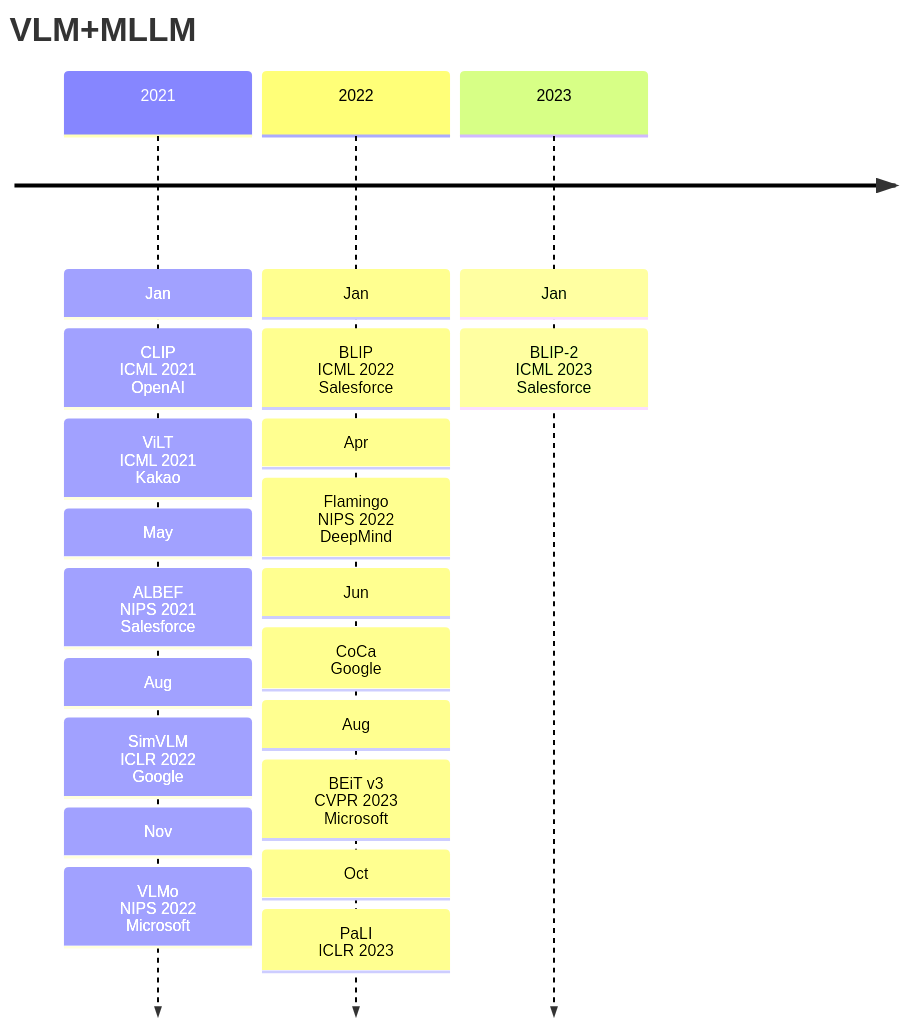
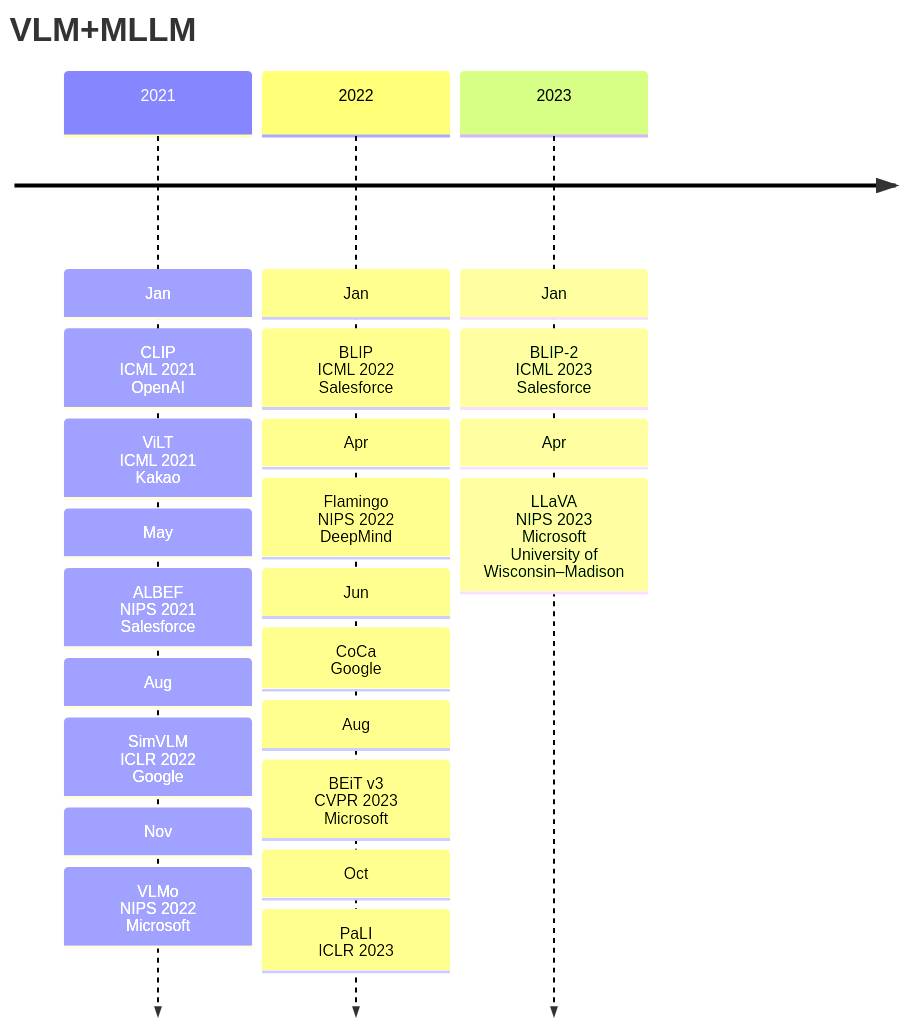
One commit to Elephant-King9/Paper changed the first of 6 diagrams in Base_Model/VLM+VLLM/analyse.md. Above: the diagram before and after it, drawn with Mermaid. The commit also changed other lines of this file and 6 other files, not shown here.

````diff
--- a/Base_Model/VLM+VLLM/analyse.md
+++ b/Base_Model/VLM+VLLM/analyse.md
@@ -5,25 +5,27 @@
 ```mermaid
 timeline
     title VLM+MLLM
     2021 : Jan
     		 : CLIP<br>ICML 2021<br>OpenAI
     		 : ViLT<br>ICML 2021<br>Kakao
     		 : May
     		 : ALBEF<br>NIPS 2021<br>Salesforce
     		 : Aug
     		 : SimVLM<br>ICLR 2022<br>Google
     		 : Nov
     		 : VLMo<br>NIPS 2022<br>Microsoft
     2022 : Jan
     		 : BLIP<br>ICML 2022<br>Salesforce
     		 : Apr
     		 : Flamingo<br>NIPS 2022<br>DeepMind
     		 : Jun
     		 : CoCa<br>Google
     		 : Aug
     		 : BEiT v3<br>CVPR 2023<br>Microsoft
     		 : Oct
     		 : PaLI<br>ICLR 2023
     2023 : Jan
     		 : BLIP-2<br>ICML 2023<br>Salesforce
+    		 : Apr
+				 : LLaVA<br>NIPS 2023<br>Microsoft<br>University of Wisconsin–Madison
 ```
````
